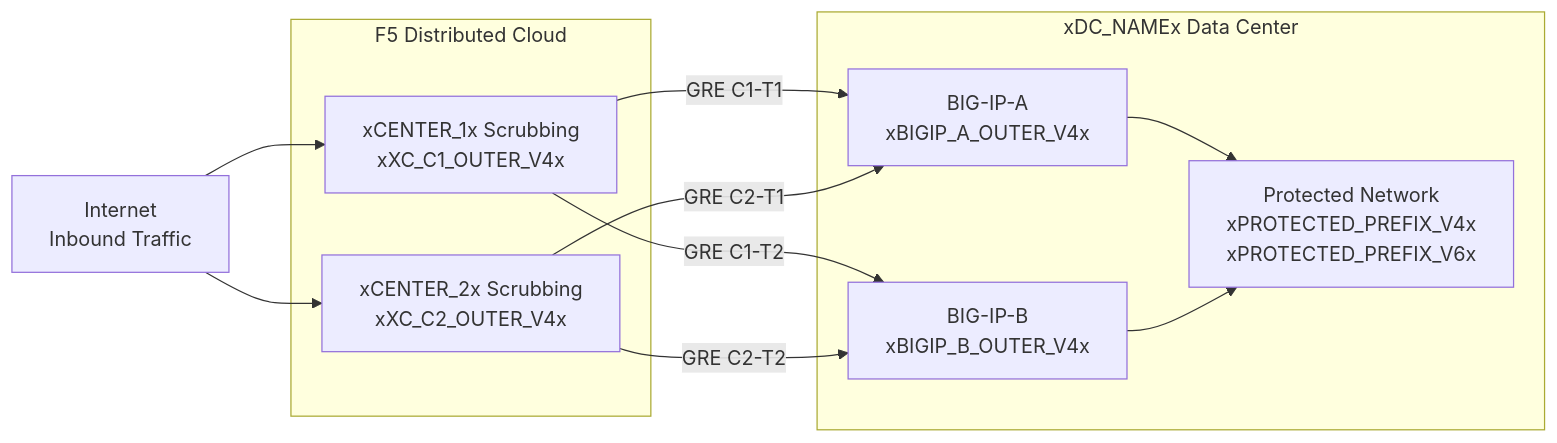
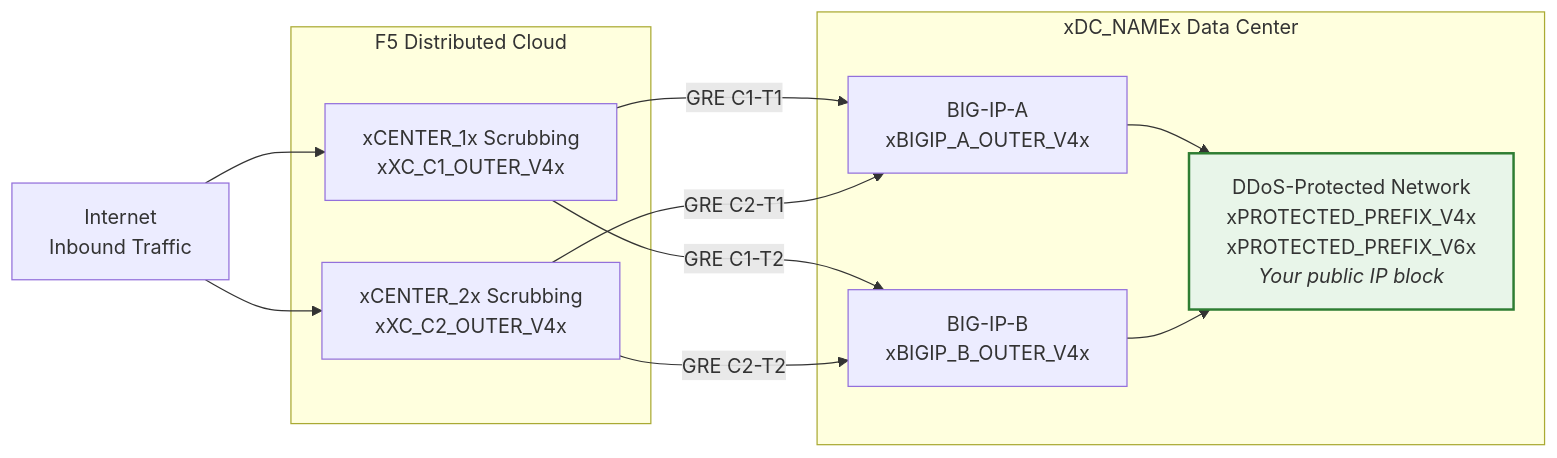
The second of 4 diagrams in docs/index.md (robinmordasiewicz/f5xc-bigip-ddos-gre), drawn with Mermaid before and after one commit. The commit also changed other lines of this file and 1 other file, not shown here.

First line of the commit message:
docs: clarify DDoS-protected prefix configuration and BGP ASN defaults

````diff
--- a/docs/index.md
+++ b/docs/index.md
@@ -111,24 +135,26 @@
 ```mermaid
 flowchart LR
     INET["Internet<br/>Inbound Traffic"]
 
     subgraph XC["F5 Distributed Cloud"]
         C1["xCENTER_1x Scrubbing<br/>xXC_C1_OUTER_V4x"]
         C2["xCENTER_2x Scrubbing<br/>xXC_C2_OUTER_V4x"]
     end
 
     subgraph DC["xDC_NAMEx Data Center"]
         BIGIPA["BIG-IP-A<br/>xBIGIP_A_OUTER_V4x"]
         BIGIPB["BIG-IP-B<br/>xBIGIP_B_OUTER_V4x"]
-        NET["Protected Network<br/>xPROTECTED_PREFIX_V4x<br/>xPROTECTED_PREFIX_V6x"]
+        NET["DDoS-Protected Network<br/>xPROTECTED_PREFIX_V4x<br/>xPROTECTED_PREFIX_V6x<br/><i>Your public IP block</i>"]
     end
 
     INET --> C1
     INET --> C2
     C1 -- "GRE C1-T1" --> BIGIPA
     C2 -- "GRE C2-T1" --> BIGIPA
     C1 -- "GRE C1-T2" --> BIGIPB
     C2 -- "GRE C2-T2" --> BIGIPB
     BIGIPA --> NET
     BIGIPB --> NET
+
+    style NET fill:#e8f5e9,stroke:#2e7d32,stroke-width:2px
 ```
````
